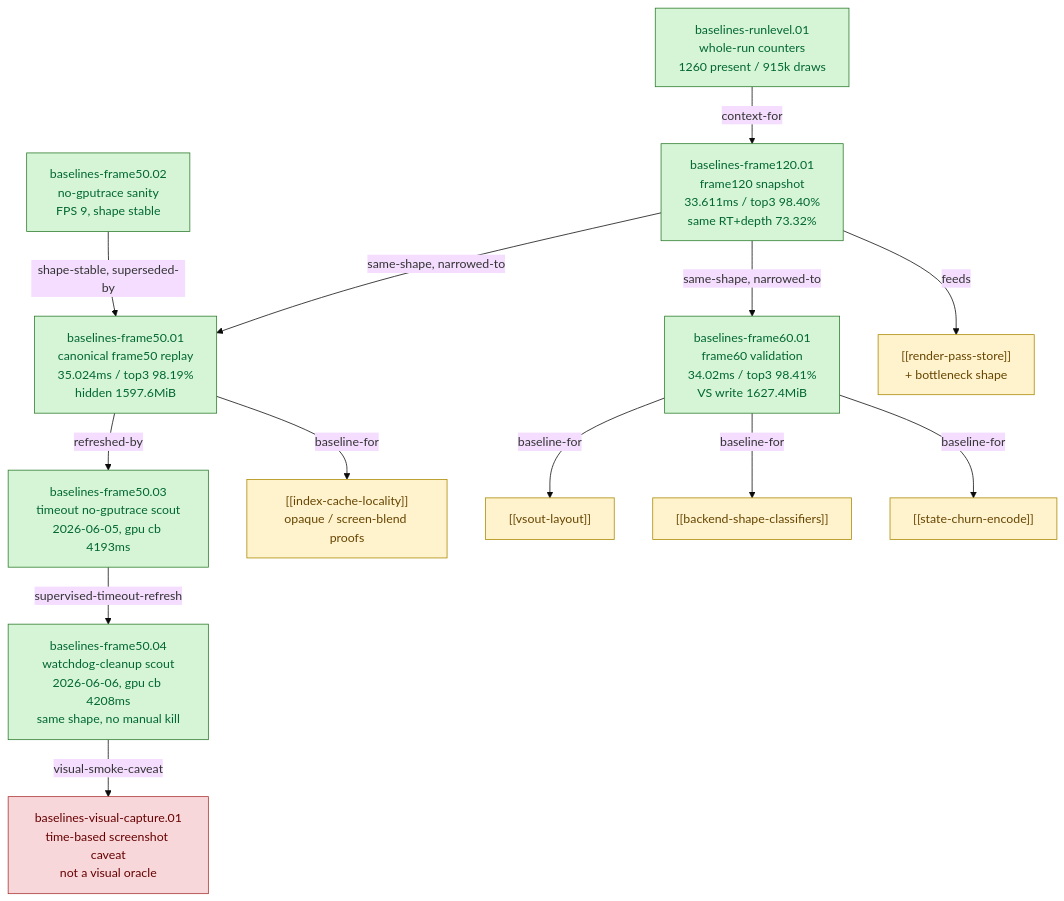
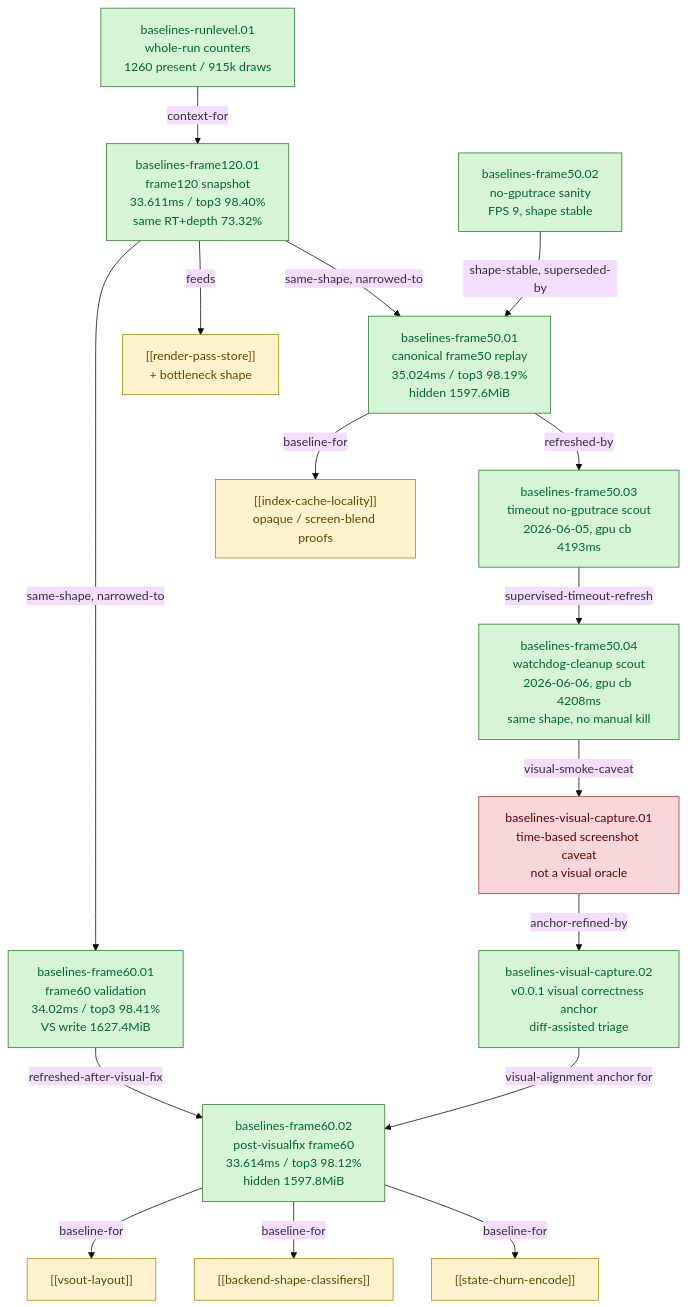
Before and after one commit to dfdgsdfg/dxmt9: the diagram in docs/perfomance/baselines.md, drawn with Mermaid (base theme). The commit also changed other lines of this file and 23 other files, not shown here.

Commit message:
perf: track GT1 visual anchor and locality probes

````diff
--- a/docs/perfomance/baselines.md
+++ b/docs/perfomance/baselines.md
@@ -51,33 +55,38 @@
 ```mermaid
 flowchart TD
   classDef accepted fill:#d6f5d6,stroke:#2b7a2b,color:#063
   classDef rejected fill:#f8d7da,stroke:#a33,color:#600
   classDef open fill:#fff3cd,stroke:#a80,color:#640
 
   RunLevel["baselines-runlevel.01\nwhole-run counters\n1260 present / 915k draws"]
   F120["baselines-frame120.01\nframe120 snapshot\n33.611ms / top3 98.40%\nsame RT+depth 73.32%"]
   F50["baselines-frame50.01\ncanonical frame50 replay\n35.024ms / top3 98.19%\nhidden 1597.6MiB"]
   F50san["baselines-frame50.02\nno-gputrace sanity\nFPS 9, shape stable"]
   F50to["baselines-frame50.03\ntimeout no-gputrace scout\n2026-06-05, gpu cb 4193ms"]
   F50wd["baselines-frame50.04\nwatchdog-cleanup scout\n2026-06-06, gpu cb 4208ms\nsame shape, no manual kill"]
   Visual["baselines-visual-capture.01\ntime-based screenshot caveat\nnot a visual oracle"]
+  VisualAnchor["baselines-visual-capture.02\nv0.0.1 visual correctness anchor\ndiff-assisted triage"]
   F60["baselines-frame60.01\nframe60 validation\n34.02ms / top3 98.41%\nVS write 1627.4MiB"]
+  F60post["baselines-frame60.02\npost-visualfix frame60\n33.614ms / top3 98.12%\nhidden 1597.8MiB"]
 
   RunLevel -->|context-for| F120
   F120 -->|same-shape, narrowed-to| F50
   F120 -->|same-shape, narrowed-to| F60
+  F60 -->|refreshed-after-visual-fix| F60post
   F50san -->|shape-stable, superseded-by| F50
   F50 -->|refreshed-by| F50to
   F50to -->|supervised-timeout-refresh| F50wd
   F50wd -->|visual-smoke-caveat| Visual
+  Visual -->|anchor-refined-by| VisualAnchor
+  VisualAnchor -->|visual-alignment anchor for| F60post
 
   F120 -->|feeds| Store["[[render-pass-store]]\n+ bottleneck shape"]
   F50 -->|baseline-for| IdxCache["[[index-cache-locality]]\nopaque / screen-blend proofs"]
-  F60 -->|baseline-for| VSOut["[[vsout-layout]]"]
-  F60 -->|baseline-for| Backend["[[backend-shape-classifiers]]"]
-  F60 -->|baseline-for| Churn["[[state-churn-encode]]"]
+  F60post -->|baseline-for| VSOut["[[vsout-layout]]"]
+  F60post -->|baseline-for| Backend["[[backend-shape-classifiers]]"]
+  F60post -->|baseline-for| Churn["[[state-churn-encode]]"]
 
-  class F120,F50,F50san,F50to,F50wd,F60,RunLevel accepted
+  class F120,F50,F50san,F50to,F50wd,F60,F60post,RunLevel,VisualAnchor accepted
   class Visual rejected
   class Store,IdxCache,VSOut,Backend,Churn open
 ```
````
